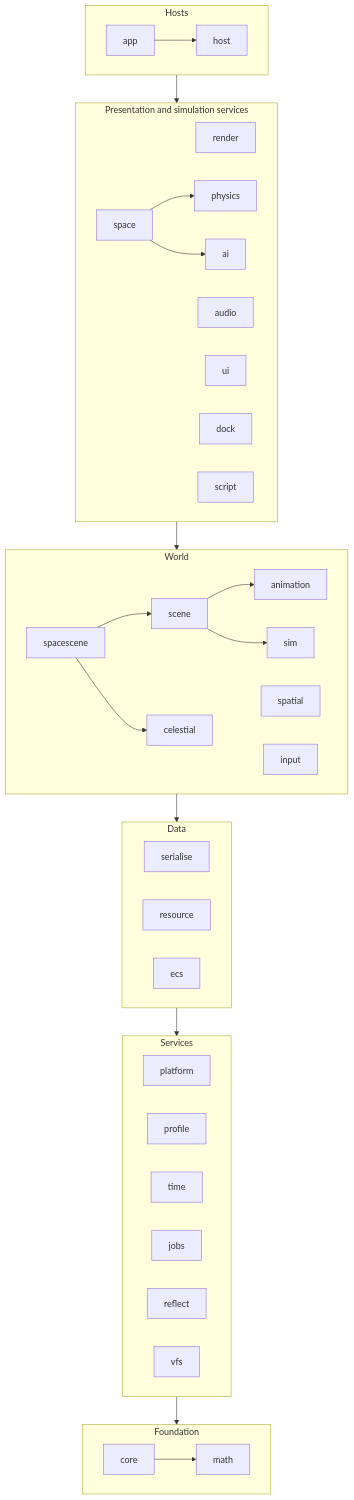
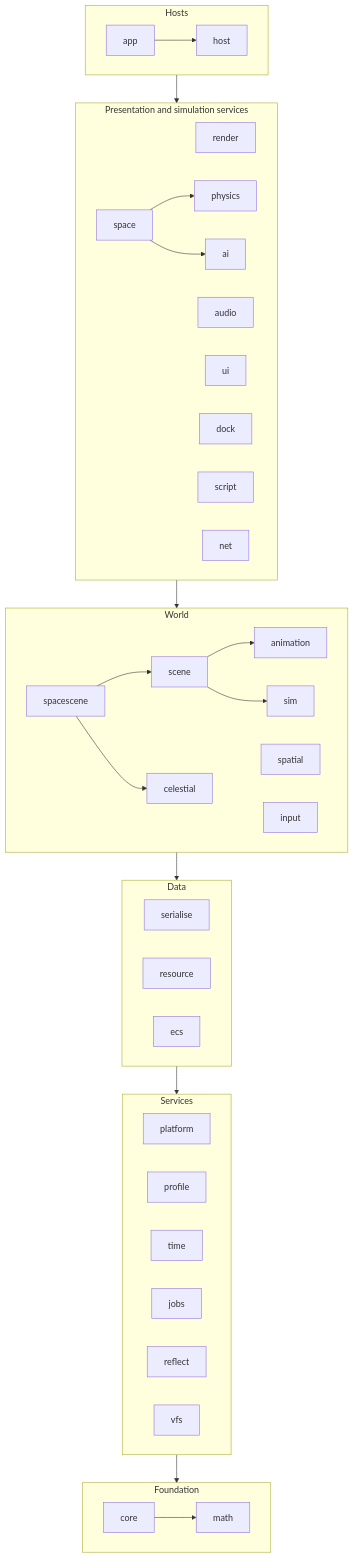
One commit to ivanhawkes/jettison changed the diagram in docs/architecture.md. Above: the diagram before and after it, drawn with Mermaid. The commit also changed other lines of this file and 23 other files, not shown here.

````diff
--- a/docs/architecture.md
+++ b/docs/architecture.md
@@ -139,32 +140,32 @@
 ```mermaid
 flowchart TB
     subgraph T0[Foundation]
         core --> math
     end
     subgraph T1[Services]
         platform; profile; time; jobs; reflect; vfs
     end
     subgraph T2[Data]
         serialise; resource; ecs
     end
     subgraph T3[World]
         scene --> animation
         scene --> sim
         spacescene --> scene
         spacescene --> celestial
         sim; spatial; input
     end
     subgraph T4[Presentation and simulation services]
-        render; physics; audio; ui; ai; dock; script
+        render; physics; audio; ui; ai; dock; script; net
         space --> physics
         space --> ai
     end
     subgraph T5[Hosts]
         app --> host
     end
     T1 --> T0
     T2 --> T1
     T3 --> T2
     T4 --> T3
     T5 --> T4
 ```
````
